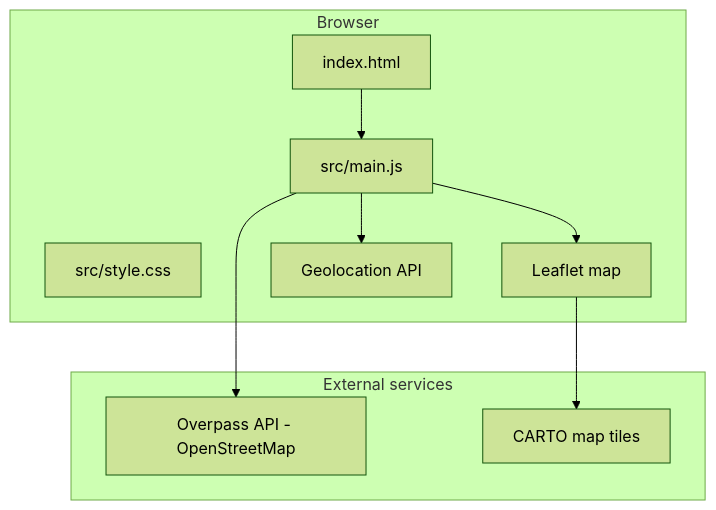
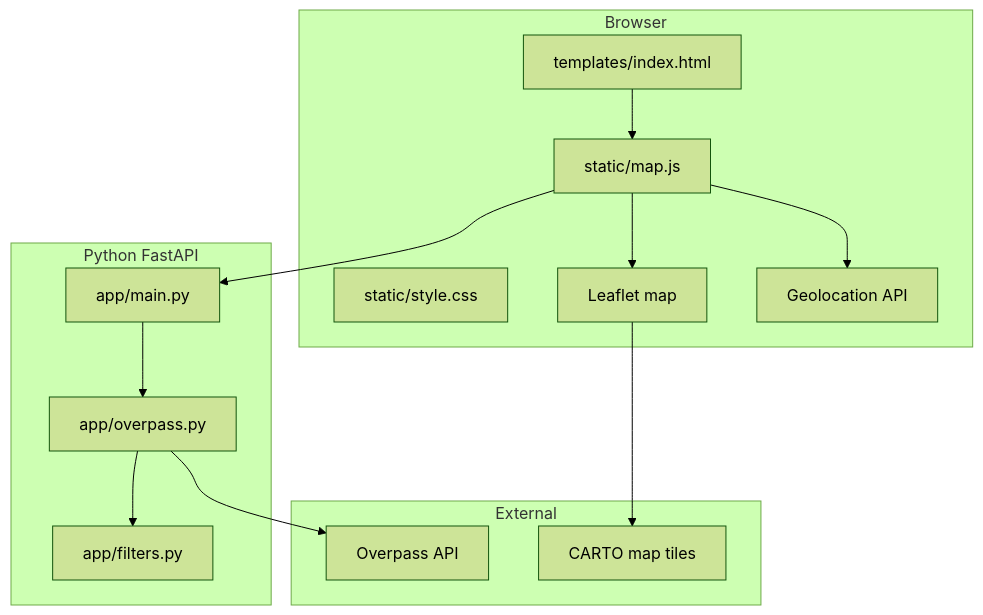
Before and after one commit to Anishs2k1/Zaha-Picks: the diagram in README.md, drawn with Mermaid (forest theme). The commit also changed other lines of this file and 12 other files, not shown here.

First line of the commit message:
Rebuild Zaha Picks as a Python FastAPI app.

````diff
--- a/README.md
+++ b/README.md
@@ -123,21 +123,30 @@
 ```mermaid
 flowchart TB
     subgraph browser [Browser]
-        HTML[index.html]
-        Main[src/main.js]
-        CSS[src/style.css]
+        HTML[templates/index.html]
+        MapJS[static/map.js]
+        CSS[static/style.css]
         Leaflet[Leaflet map]
         Geo[Geolocation API]
     end
 
-    subgraph external [External services]
-        Overpass[Overpass API - OpenStreetMap]
+    subgraph python [Python FastAPI]
+        Main[app/main.py]
+        Overpass[app/overpass.py]
+        Filters[app/filters.py]
+    end
+
+    subgraph external [External]
+        OSM[Overpass API]
         Carto[CARTO map tiles]
     end
 
-    HTML --> Main
-    Main --> Leaflet
-    Main --> Geo
+    HTML --> MapJS
+    MapJS --> Main
     Main --> Overpass
+    Overpass --> Filters
+    Overpass --> OSM
+    MapJS --> Leaflet
     Leaflet --> Carto
+    MapJS --> Geo
 ```
````
